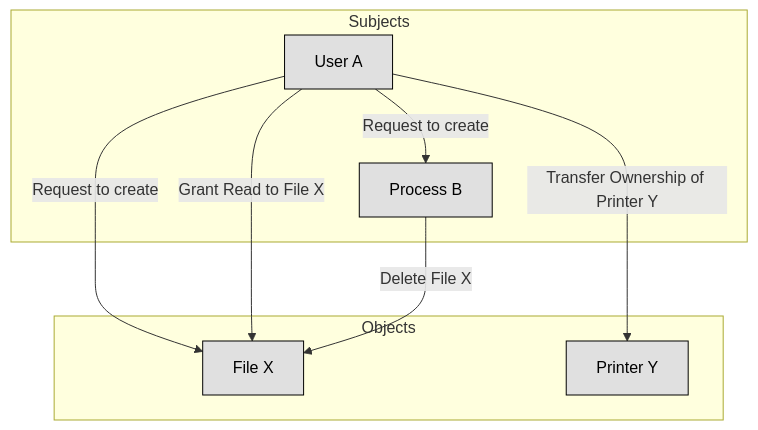
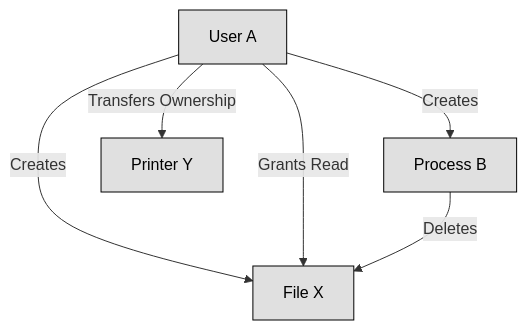
One commit to lorenzoleonelli/CISSP-Zero-to-Hero changed diagram 14 of 14 in DOMAIN3: Security Architecture and Engineering/3.02 Understand the fundamental concepts of security models (e.g. Biba, STar Model, Bell Lapadula).md. Above: the diagram before and after it, drawn with Mermaid.

Commit message:
Update 3.02 Understand the fundamental concepts of security models (e.g. Biba, STar Model, Bell Lapadula).md

````diff
--- a/DOMAIN3: Security Architecture and Engineering/3.02 Understand the fundamental concepts of security models (e.g. Biba, STar Model, Bell Lapadula).md
+++ b/DOMAIN3: Security Architecture and Engineering/3.02 Understand the fundamental concepts of security models (e.g. Biba, STar Model, Bell Lapadula).md
@@ -539,24 +539,23 @@
 ```mermaid
 flowchart TD
-    subgraph Subjects
-        A[User A]
-        B[Process B]
-    end
+    %% Subjects
+    S1[User A]
+    S2[Process B]
 
-    subgraph Objects
-        F[File X]
-        P[Printer Y]
-    end
+    %% Objects
+    O1[File X]
+    O2[Printer Y]
 
-    A -->|Request to create| B
-    A -->|Request to create| F
+    %% Operations
+    S1 -->|Creates| S2
+    S1 -->|Creates| O1
+    S1 -->|Grants Read| O1
+    S1 -->|Transfers Ownership| O2
 
-    A -->|Grant Read to File X| F
-    A -->|Transfer Ownership of Printer Y| P
-
-    B -->|Delete File X| F
+    %% Optional deletion (only 1)
+    S2 -->|Deletes| O1
 
     classDef center fill:#ffffff,color:#000000,stroke:#000000,stroke-width:1px,font-weight:bold
     classDef node fill:#e0e0e0,color:#000000,stroke:#000000,stroke-width:1px
 
 ```
````
